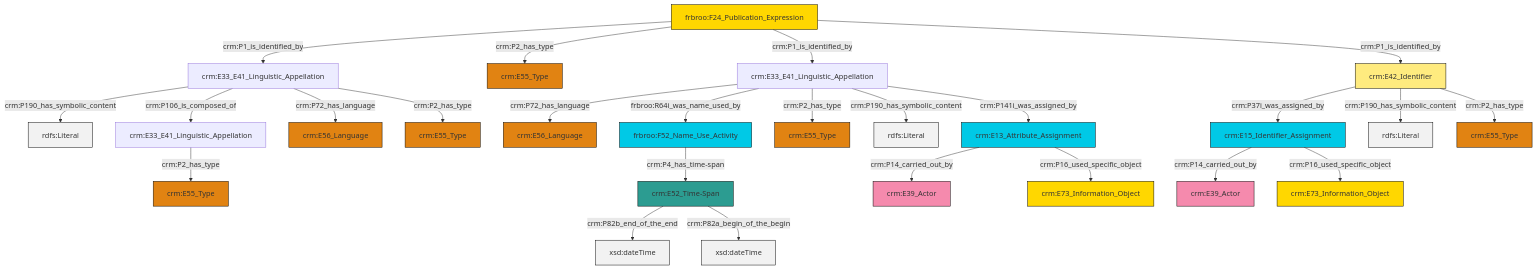
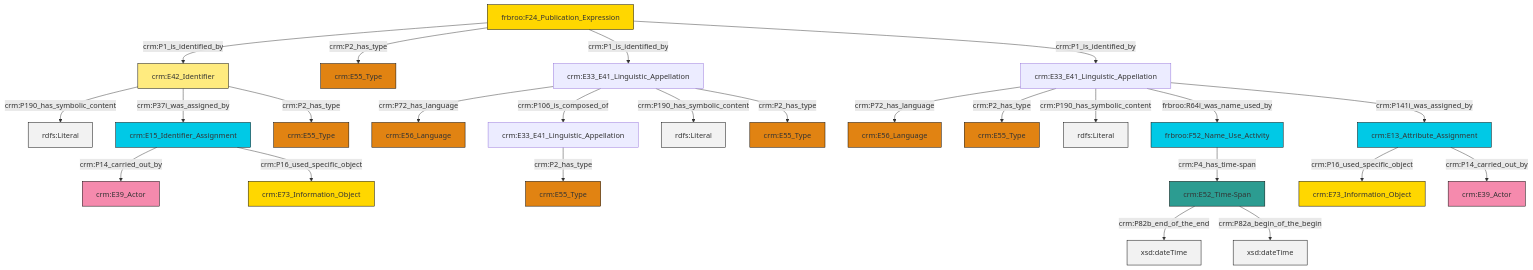
Before and after one commit to swiss-art-research-net/reference-data-models: the diagram in et/biblioCSV/ttl/mmd/biblio_name.ttl.mmd, drawn with Mermaid. The commit also changed 129 other files, not shown here.

```diff
--- a/et/biblioCSV/ttl/mmd/biblio_name.ttl.mmd
+++ b/et/biblioCSV/ttl/mmd/biblio_name.ttl.mmd
@@ -1,39 +1,39 @@
 graph TD
 classDef Literal fill:#f2f2f2,stroke:#000000;
 classDef CRM_Entity fill:#FFFFFF,stroke:#000000;
 classDef Temporal_Entity fill:#00C9E6, stroke:#000000;
 classDef Type fill:#E18312, stroke:#000000;
 classDef Time-Span fill:#2C9C91, stroke:#000000;
 classDef Appellation fill:#FFEB7F, stroke:#000000;
 classDef Place fill:#008836, stroke:#000000;
 classDef Persistent_Item fill:#B266B2, stroke:#000000;
 classDef Conceptual_Object fill:#FFD700, stroke:#000000;
 classDef Physical_Thing fill:#D2B48C, stroke:#000000;
 classDef Actor fill:#f58aad, stroke:#000000;
 classDef PC_Classes fill:#4ce600, stroke:#000000;
 classDef Multi fill:#cccccc,stroke:#000000;
 
-2["crm:E15_Identifier_Assignment"]:::Temporal_Entity -->|crm:P14_carried_out_by| 3["crm:E39_Actor"]:::Actor
-4["crm:E33_E41_Linguistic_Appellation"]:::Default -->|crm:P190_has_symbolic_content| 5[rdfs:Literal]:::Literal
-13["crm:E52_Time-Span"]:::Time-Span -->|crm:P82b_end_of_the_end| 14[xsd:dateTime]:::Literal
-17["frbroo:F24_Publication_Expression"]:::Conceptual_Object -->|crm:P1_is_identified_by| 4["crm:E33_E41_Linguistic_Appellation"]:::Default
-18["crm:E33_E41_Linguistic_Appellation"]:::Default -->|crm:P72_has_language| 19["crm:E56_Language"]:::Type
-15["crm:E13_Attribute_Assignment"]:::Temporal_Entity -->|crm:P14_carried_out_by| 20["crm:E39_Actor"]:::Actor
-22["crm:E42_Identifier"]:::Appellation -->|crm:P37i_was_assigned_by| 2["crm:E15_Identifier_Assignment"]:::Temporal_Entity
+0["frbroo:F24_Publication_Expression"]:::Conceptual_Object -->|crm:P1_is_identified_by| 1["crm:E42_Identifier"]:::Appellation
+4["crm:E33_E41_Linguistic_Appellation"]:::Default -->|crm:P72_has_language| 5["crm:E56_Language"]:::Type
 4["crm:E33_E41_Linguistic_Appellation"]:::Default -->|crm:P106_is_composed_of| 9["crm:E33_E41_Linguistic_Appellation"]:::Default
-17["frbroo:F24_Publication_Expression"]:::Conceptual_Object -->|crm:P2_has_type| 7["crm:E55_Type"]:::Type
-18["crm:E33_E41_Linguistic_Appellation"]:::Default -->|frbroo:R64i_was_name_used_by| 29["frbroo:F52_Name_Use_Activity"]:::Temporal_Entity
-13["crm:E52_Time-Span"]:::Time-Span -->|crm:P82a_begin_of_the_begin| 32[xsd:dateTime]:::Literal
-4["crm:E33_E41_Linguistic_Appellation"]:::Default -->|crm:P72_has_language| 11["crm:E56_Language"]:::Type
-22["crm:E42_Identifier"]:::Appellation -->|crm:P190_has_symbolic_content| 39[rdfs:Literal]:::Literal
-18["crm:E33_E41_Linguistic_Appellation"]:::Default -->|crm:P2_has_type| 26["crm:E55_Type"]:::Type
-17["frbroo:F24_Publication_Expression"]:::Conceptual_Object -->|crm:P1_is_identified_by| 18["crm:E33_E41_Linguistic_Appellation"]:::Default
-18["crm:E33_E41_Linguistic_Appellation"]:::Default -->|crm:P190_has_symbolic_content| 43[rdfs:Literal]:::Literal
-9["crm:E33_E41_Linguistic_Appellation"]:::Default -->|crm:P2_has_type| 24["crm:E55_Type"]:::Type
-2["crm:E15_Identifier_Assignment"]:::Temporal_Entity -->|crm:P16_used_specific_object| 0["crm:E73_Information_Object"]:::Conceptual_Object
-29["frbroo:F52_Name_Use_Activity"]:::Temporal_Entity -->|crm:P4_has_time-span| 13["crm:E52_Time-Span"]:::Time-Span
-4["crm:E33_E41_Linguistic_Appellation"]:::Default -->|crm:P2_has_type| 30["crm:E55_Type"]:::Type
-22["crm:E42_Identifier"]:::Appellation -->|crm:P2_has_type| 37["crm:E55_Type"]:::Type
-18["crm:E33_E41_Linguistic_Appellation"]:::Default -->|crm:P141i_was_assigned_by| 15["crm:E13_Attribute_Assignment"]:::Temporal_Entity
-17["frbroo:F24_Publication_Expression"]:::Conceptual_Object -->|crm:P1_is_identified_by| 22["crm:E42_Identifier"]:::Appellation
-15["crm:E13_Attribute_Assignment"]:::Temporal_Entity -->|crm:P16_used_specific_object| 33["crm:E73_Information_Object"]:::Conceptual_Object
+13["crm:E33_E41_Linguistic_Appellation"]:::Default -->|crm:P72_has_language| 14["crm:E56_Language"]:::Type
+1["crm:E42_Identifier"]:::Appellation -->|crm:P190_has_symbolic_content| 20[rdfs:Literal]:::Literal
+11["crm:E15_Identifier_Assignment"]:::Temporal_Entity -->|crm:P14_carried_out_by| 6["crm:E39_Actor"]:::Actor
+0["frbroo:F24_Publication_Expression"]:::Conceptual_Object -->|crm:P2_has_type| 15["crm:E55_Type"]:::Type
+1["crm:E42_Identifier"]:::Appellation -->|crm:P37i_was_assigned_by| 11["crm:E15_Identifier_Assignment"]:::Temporal_Entity
+0["frbroo:F24_Publication_Expression"]:::Conceptual_Object -->|crm:P1_is_identified_by| 4["crm:E33_E41_Linguistic_Appellation"]:::Default
+2["frbroo:F52_Name_Use_Activity"]:::Temporal_Entity -->|crm:P4_has_time-span| 26["crm:E52_Time-Span"]:::Time-Span
+26["crm:E52_Time-Span"]:::Time-Span -->|crm:P82b_end_of_the_end| 27[xsd:dateTime]:::Literal
+4["crm:E33_E41_Linguistic_Appellation"]:::Default -->|crm:P190_has_symbolic_content| 28[rdfs:Literal]:::Literal
+4["crm:E33_E41_Linguistic_Appellation"]:::Default -->|crm:P2_has_type| 21["crm:E55_Type"]:::Type
+13["crm:E33_E41_Linguistic_Appellation"]:::Default -->|crm:P2_has_type| 31["crm:E55_Type"]:::Type
+13["crm:E33_E41_Linguistic_Appellation"]:::Default -->|crm:P190_has_symbolic_content| 32[rdfs:Literal]:::Literal
+9["crm:E33_E41_Linguistic_Appellation"]:::Default -->|crm:P2_has_type| 33["crm:E55_Type"]:::Type
+26["crm:E52_Time-Span"]:::Time-Span -->|crm:P82a_begin_of_the_begin| 34[xsd:dateTime]:::Literal
+13["crm:E33_E41_Linguistic_Appellation"]:::Default -->|frbroo:R64i_was_name_used_by| 2["frbroo:F52_Name_Use_Activity"]:::Temporal_Entity
+36["crm:E13_Attribute_Assignment"]:::Temporal_Entity -->|crm:P16_used_specific_object| 41["crm:E73_Information_Object"]:::Conceptual_Object
+11["crm:E15_Identifier_Assignment"]:::Temporal_Entity -->|crm:P16_used_specific_object| 23["crm:E73_Information_Object"]:::Conceptual_Object
+1["crm:E42_Identifier"]:::Appellation -->|crm:P2_has_type| 42["crm:E55_Type"]:::Type
+13["crm:E33_E41_Linguistic_Appellation"]:::Default -->|crm:P141i_was_assigned_by| 36["crm:E13_Attribute_Assignment"]:::Temporal_Entity
+0["frbroo:F24_Publication_Expression"]:::Conceptual_Object -->|crm:P1_is_identified_by| 13["crm:E33_E41_Linguistic_Appellation"]:::Default
+36["crm:E13_Attribute_Assignment"]:::Temporal_Entity -->|crm:P14_carried_out_by| 17["crm:E39_Actor"]:::Actor
```
